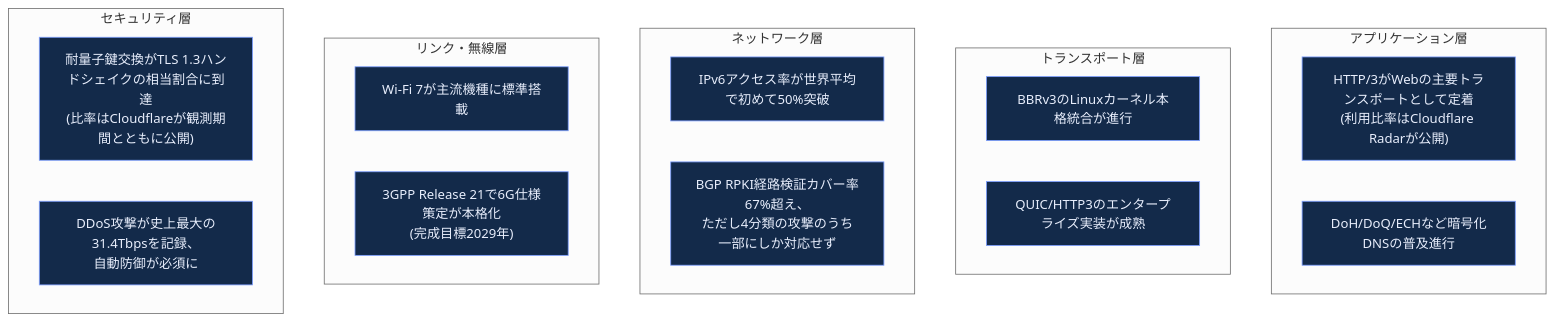
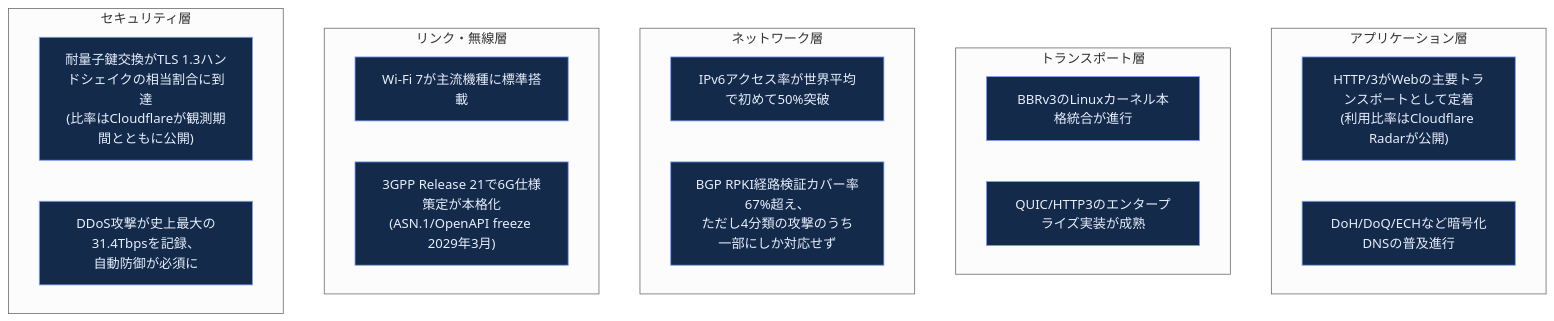
Diagram 40 of 41 in Computer-networking-topdown-guide.md (myoshi2891/Cloud-Infrastructure-Studies), drawn with Mermaid (neutral theme) before and after one commit. The commit also changed other lines of this file, not shown here.

Commit message:
docs(networking): clarify 3GPP Release 21 milestones and IDS/IPS tap placement in top-down guide

````diff
--- a/Computer-networking-topdown-guide.md
+++ b/Computer-networking-topdown-guide.md
@@ -1048,26 +1049,26 @@
 ```mermaid
 flowchart TD
     subgraph L_APP["アプリケーション層"]
         T1["HTTP/3がWebの主要トランスポートとして定着<br/>(利用比率はCloudflare Radarが公開)"]
         T2["DoH/DoQ/ECHなど暗号化DNSの普及進行"]
     end
     subgraph L_TRANS["トランスポート層"]
         T3["BBRv3のLinuxカーネル本格統合が進行"]
         T4["QUIC/HTTP3のエンタープライズ実装が成熟"]
     end
     subgraph L_NET["ネットワーク層"]
         T5["IPv6アクセス率が世界平均で初めて50%突破"]
         T6["BGP RPKI経路検証カバー率67%超え、<br/>ただし4分類の攻撃のうち一部にしか対応せず"]
     end
     subgraph L_LINK["リンク・無線層"]
         T7["Wi-Fi 7が主流機種に標準搭載"]
-        T8["3GPP Release 21で6G仕様策定が本格化<br/>(完成目標2029年)"]
+        T8["3GPP Release 21で6G仕様策定が本格化<br/>(ASN.1/OpenAPI freeze 2029年3月)"]
     end
     subgraph L_SEC["セキュリティ層"]
         T9["耐量子鍵交換がTLS 1.3ハンドシェイクの相当割合に到達<br/>(比率はCloudflareが観測期間とともに公開)"]
         T10["DDoS攻撃が史上最大の31.4Tbpsを記録、<br/>自動防御が必須に"]
     end
 
     classDef trendFill fill:#132a4a,stroke:#7c9eff,color:#e8eefc
     class T1,T2,T3,T4,T5,T6,T7,T8,T9,T10 trendFill
 ```
````
